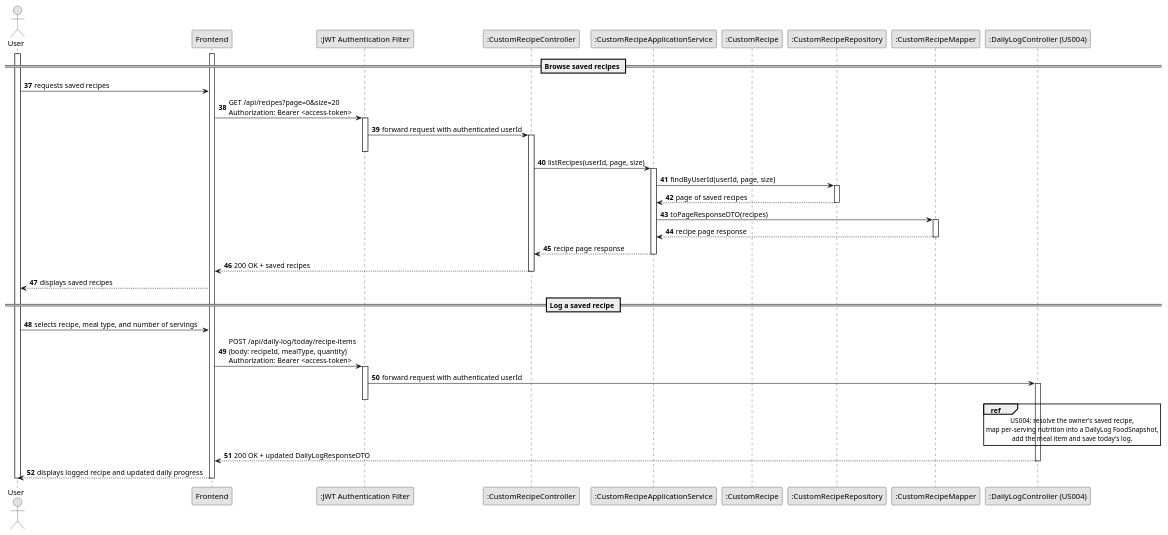
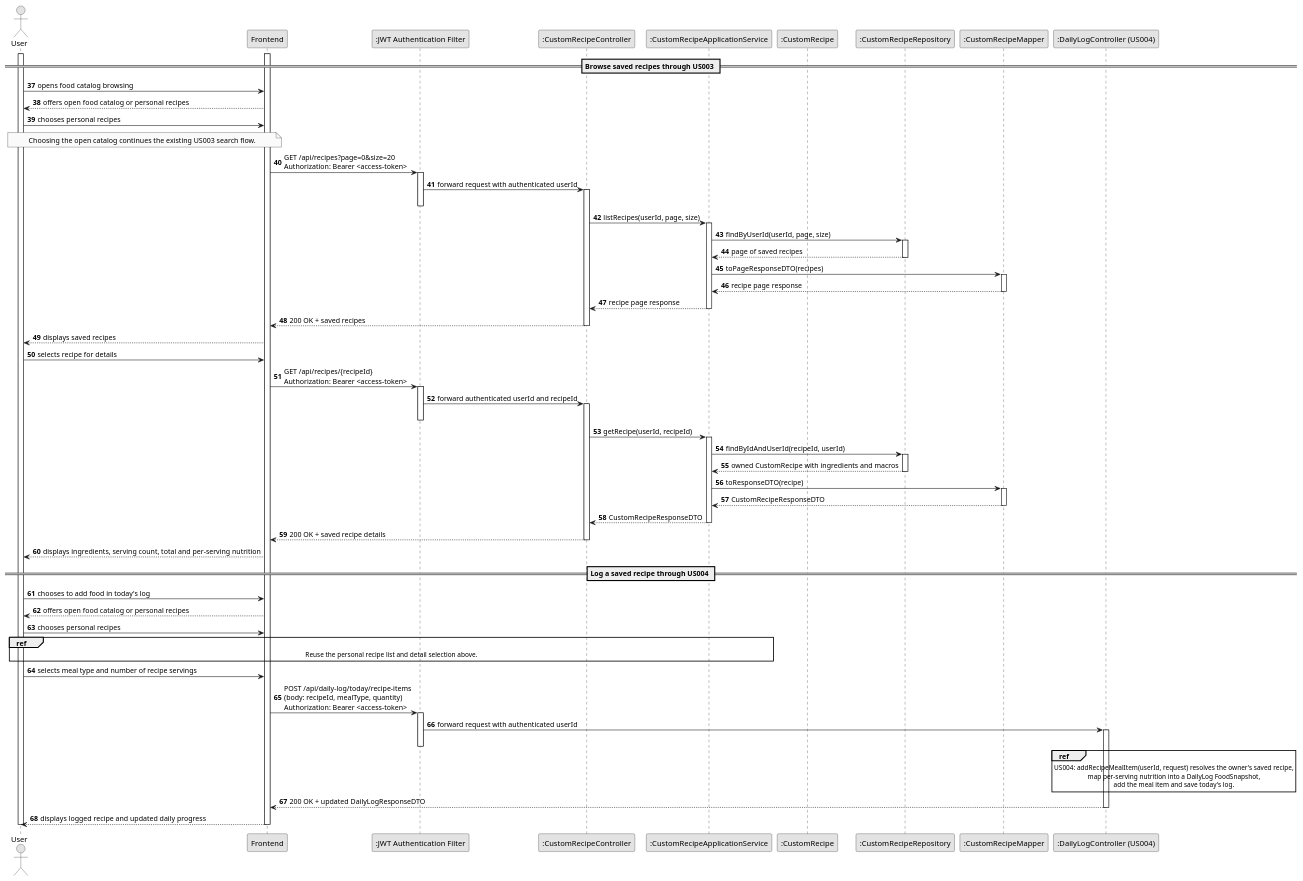
Before and after one commit to Pedro-P21/FitMaxxer: the diagram in backend/docs/US006/puml/US006_SD_3.puml, drawn with PlantUML. The commit also changed 51 other files, not shown here.

```diff
--- a/backend/docs/US006/puml/US006_SD_3.puml
+++ b/backend/docs/US006/puml/US006_SD_3.puml
@@ -1,61 +1,94 @@
 @startuml US006_SD
 autonumber 37
 skinparam monochrome true
 skinparam packageStyle rectangle
 skinparam shadowing false
 
 actor "User" as Actor
 participant "Frontend" as UI
 participant ":JWT Authentication Filter" as Auth
 participant ":CustomRecipeController" as Ctrl
 participant ":CustomRecipeApplicationService" as Service
 participant ":CustomRecipe" as Recipe
 participant ":CustomRecipeRepository" as Repo
 participant ":CustomRecipeMapper" as Mapper
 participant ":DailyLogController (US004)" as LogCtrl
 
 activate Actor
 activate UI
 
-== Browse saved recipes ==
-Actor -> UI : requests saved recipes
+== Browse saved recipes through US003 ==
+Actor -> UI : opens food catalog browsing
+UI --> Actor : offers open food catalog or personal recipes
+Actor -> UI : chooses personal recipes
+note over Actor, UI
+    Choosing the open catalog continues the existing US003 search flow.
+end note
 UI -> Auth : GET /api/recipes?page=0&size=20\nAuthorization: Bearer <access-token>
 activate Auth
 Auth -> Ctrl : forward request with authenticated userId
 activate Ctrl
 deactivate Auth
 Ctrl -> Service : listRecipes(userId, page, size)
 activate Service
 Service -> Repo : findByUserId(userId, page, size)
 activate Repo
 Repo --> Service : page of saved recipes
 deactivate Repo
 Service -> Mapper : toPageResponseDTO(recipes)
 activate Mapper
 Mapper --> Service : recipe page response
 deactivate Mapper
 Service --> Ctrl : recipe page response
 deactivate Service
 Ctrl --> UI : 200 OK + saved recipes
 deactivate Ctrl
 UI --> Actor : displays saved recipes
 
-== Log a saved recipe ==
-Actor -> UI : selects recipe, meal type, and number of servings
+Actor -> UI : selects recipe for details
+UI -> Auth : GET /api/recipes/{recipeId}\nAuthorization: Bearer <access-token>
+activate Auth
+Auth -> Ctrl : forward authenticated userId and recipeId
+activate Ctrl
+deactivate Auth
+Ctrl -> Service : getRecipe(userId, recipeId)
+activate Service
+Service -> Repo : findByIdAndUserId(recipeId, userId)
+activate Repo
+Repo --> Service : owned CustomRecipe with ingredients and macros
+deactivate Repo
+Service -> Mapper : toResponseDTO(recipe)
+activate Mapper
+Mapper --> Service : CustomRecipeResponseDTO
+deactivate Mapper
+Service --> Ctrl : CustomRecipeResponseDTO
+deactivate Service
+Ctrl --> UI : 200 OK + saved recipe details
+deactivate Ctrl
+UI --> Actor : displays ingredients, serving count, total and per-serving nutrition
+
+== Log a saved recipe through US004 ==
+Actor -> UI : chooses to add food in today's log
+UI --> Actor : offers open food catalog or personal recipes
+Actor -> UI : chooses personal recipes
+ref over Actor, Service
+    Reuse the personal recipe list and detail selection above.
+end ref
+Actor -> UI : selects meal type and number of recipe servings
 UI -> Auth : POST /api/daily-log/today/recipe-items\n(body: recipeId, mealType, quantity)\nAuthorization: Bearer <access-token>
 activate Auth
 Auth -> LogCtrl : forward request with authenticated userId
 activate LogCtrl
 deactivate Auth
 ref over LogCtrl, LogCtrl
-    US004: resolve the owner's saved recipe,
+    US004: addRecipeMealItem(userId, request) resolves the owner's saved recipe,
     map per-serving nutrition into a DailyLog FoodSnapshot,
     add the meal item and save today's log.
 end ref
 LogCtrl --> UI : 200 OK + updated DailyLogResponseDTO
 deactivate LogCtrl
 UI --> Actor : displays logged recipe and updated daily progress
 
 deactivate UI
 deactivate Actor
 @enduml
```
